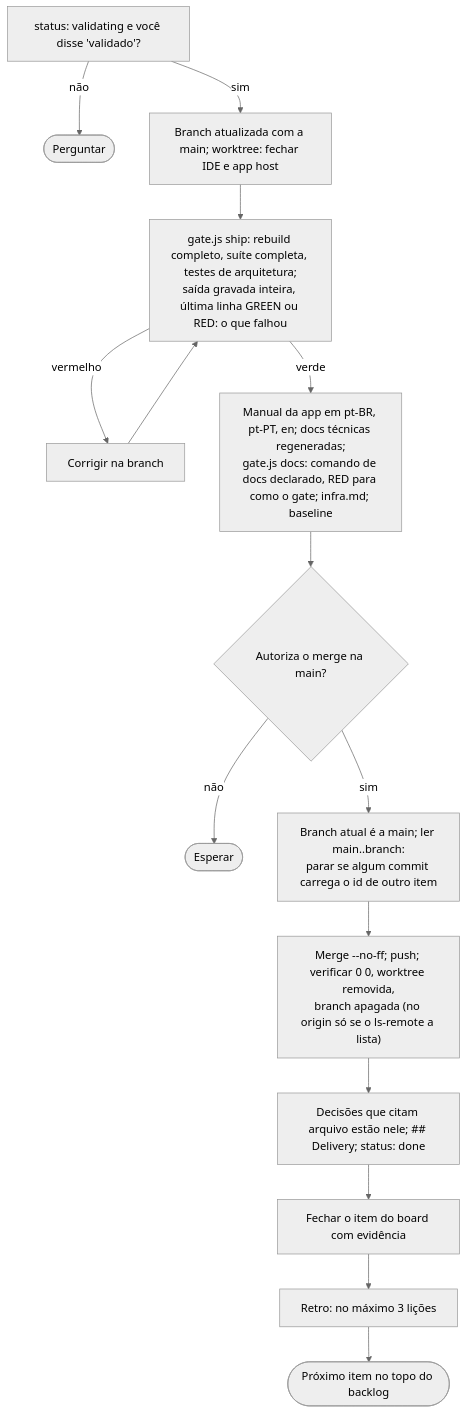
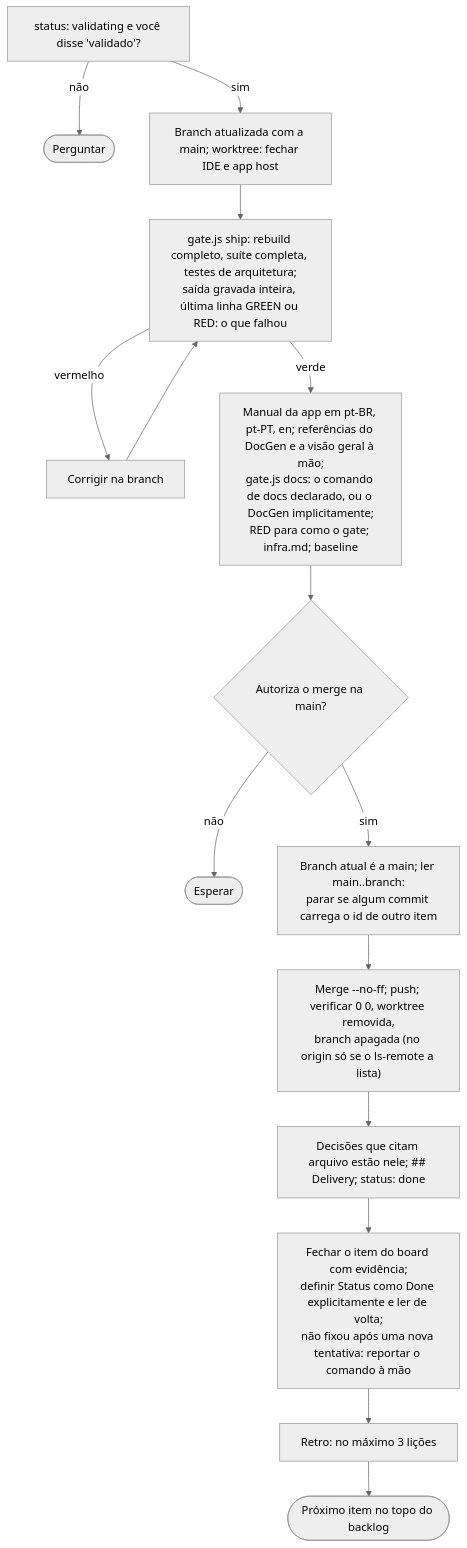
Before and after one commit to alexcanario/simulab: diagram 12 of 18 in docs/agile/workflow.pt-BR.md, drawn with Mermaid (neutral theme). The commit also changed other lines of this file and 5 other files, not shown here.

````diff
--- a/docs/agile/workflow.pt-BR.md
+++ b/docs/agile/workflow.pt-BR.md
@@ -1510,17 +1597,17 @@
 ```mermaid
 flowchart TD
     A["status: validating e você disse 'validado'?"] -->|não| A1(["Perguntar"])
     A -->|sim| B["Branch atualizada com a main; worktree: fechar IDE e app host"]
     B --> C["gate.js ship: rebuild completo, suíte completa, testes de arquitetura;<br/>saída gravada inteira, última linha GREEN ou RED: o que falhou"]
     C -->|vermelho| C1["Corrigir na branch"]
     C1 --> C
-    C -->|verde| D["Manual da app em pt-BR, pt-PT, en; docs técnicas regeneradas;<br/>gate.js docs: comando de docs declarado, RED para como o gate; infra.md; baseline"]
+    C -->|verde| D["Manual da app em pt-BR, pt-PT, en; referências do DocGen e a visão geral à mão;<br/>gate.js docs: o comando de docs declarado, ou o DocGen implicitamente;<br/>RED para como o gate; infra.md; baseline"]
     D --> E{"Autoriza o merge na main?"}
     E -->|não| E1(["Esperar"])
     E -->|sim| E2["Branch atual é a main; ler main..branch:<br/>parar se algum commit carrega o id de outro item"]
     E2 --> F["Merge --no-ff; push; verificar 0 0, worktree removida,<br/>branch apagada (no origin só se o ls-remote a lista)"]
     F --> G["Decisões que citam arquivo estão nele; ## Delivery; status: done"]
-    G --> H["Fechar o item do board com evidência"]
+    G --> H["Fechar o item do board com evidência;<br/>definir Status como Done explicitamente e ler de volta;<br/>não fixou após uma nova tentativa: reportar o comando à mão"]
     H --> I["Retro: no máximo 3 lições"]
     I --> J(["Próximo item no topo do backlog"])
 ```
````
